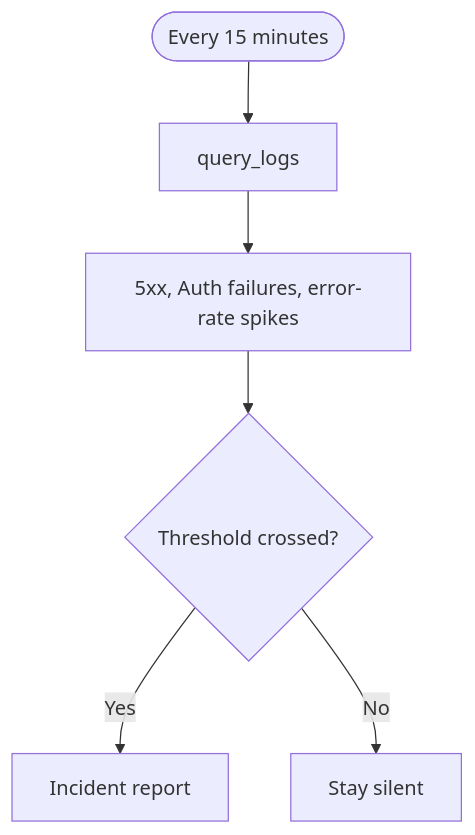
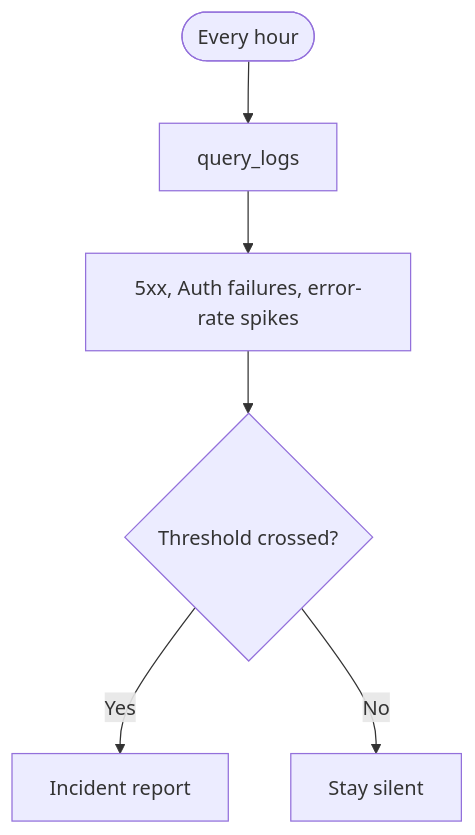
The diagram in apps/docs/content/guides/monitoring-and-debugging/automate-with-agents/health.mdx (supabase/supabase), drawn with Mermaid before and after one commit. The commit also changed 1 other file, not shown here.

Commit message:
docs: align health guide with hourly routine

````diff
--- a/apps/docs/content/guides/monitoring-and-debugging/automate-with-agents/health.mdx
+++ b/apps/docs/content/guides/monitoring-and-debugging/automate-with-agents/health.mdx
@@ -8,8 +8,8 @@
 ```mermaid
 flowchart TD
-  Schedule([Every 15 minutes]) --> Inspect[query_logs]
+  Schedule([Every hour]) --> Inspect[query_logs]
   Inspect --> Signals["5xx, Auth failures, error-rate spikes"]
   Signals --> Threshold{Threshold crossed?}
   Threshold -->|Yes| Report[Incident report]
   Threshold -->|No| Silent[Stay silent]
 ```
````
